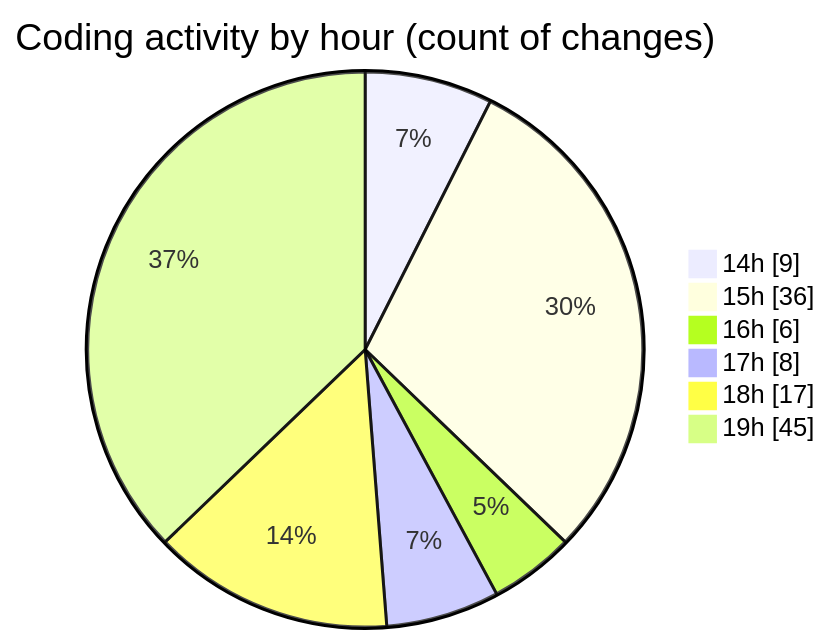
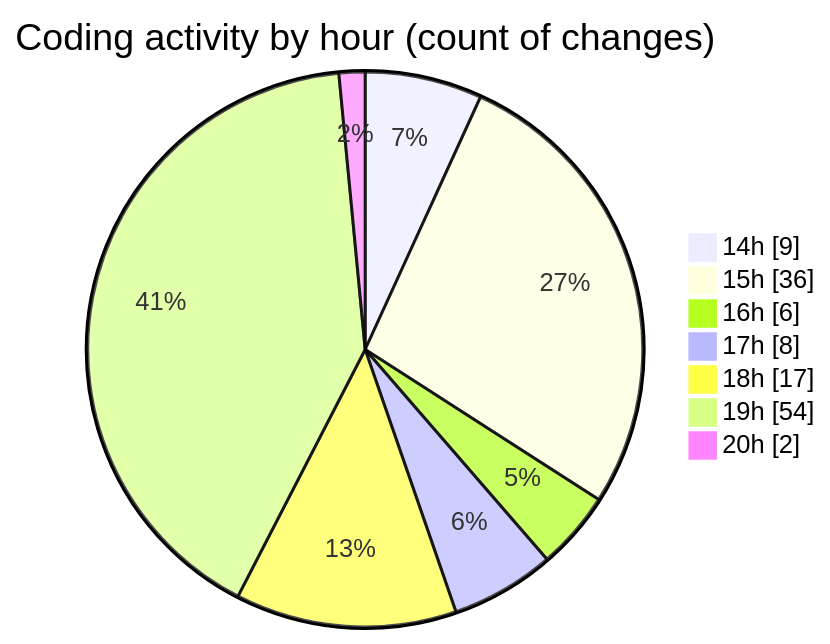
One commit to Ritupan-Deka/code-tracking changed the second of 2 diagrams in 2025-06-17/projects/README.md. Above: the diagram before and after it, drawn with Mermaid. The commit also changed other lines of this file and 1 other file, not shown here.

````diff
--- a/2025-06-17/projects/README.md
+++ b/2025-06-17/projects/README.md
@@ -29,10 +29,11 @@
 ```mermaid
 pie showData
 title Coding activity by hour (count of changes)
 "14h" : 9
 "15h" : 36
 "16h" : 6
 "17h" : 8
 "18h" : 17
-"19h" : 45
+"19h" : 54
+"20h" : 2
 ```
````
